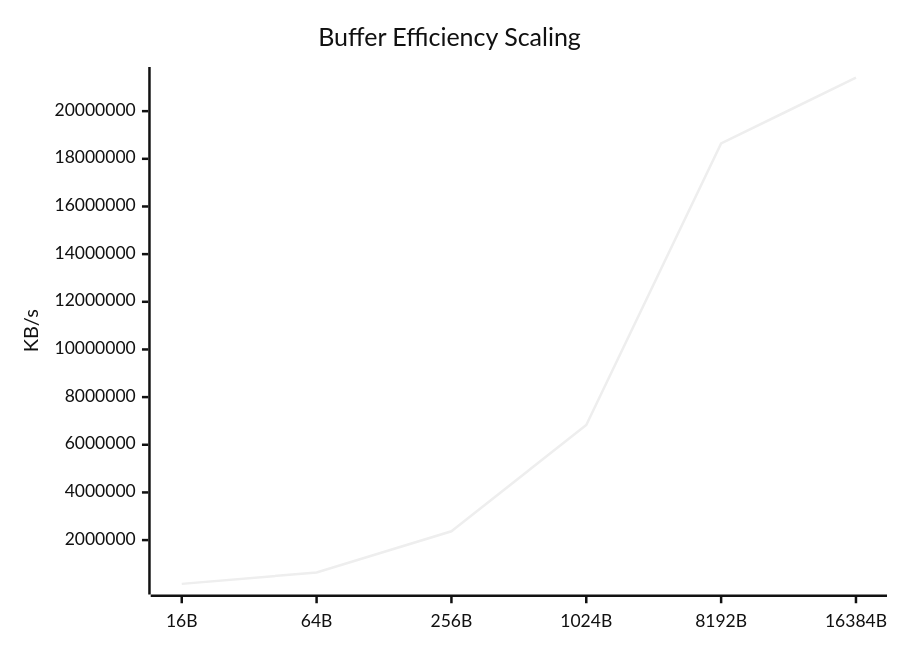
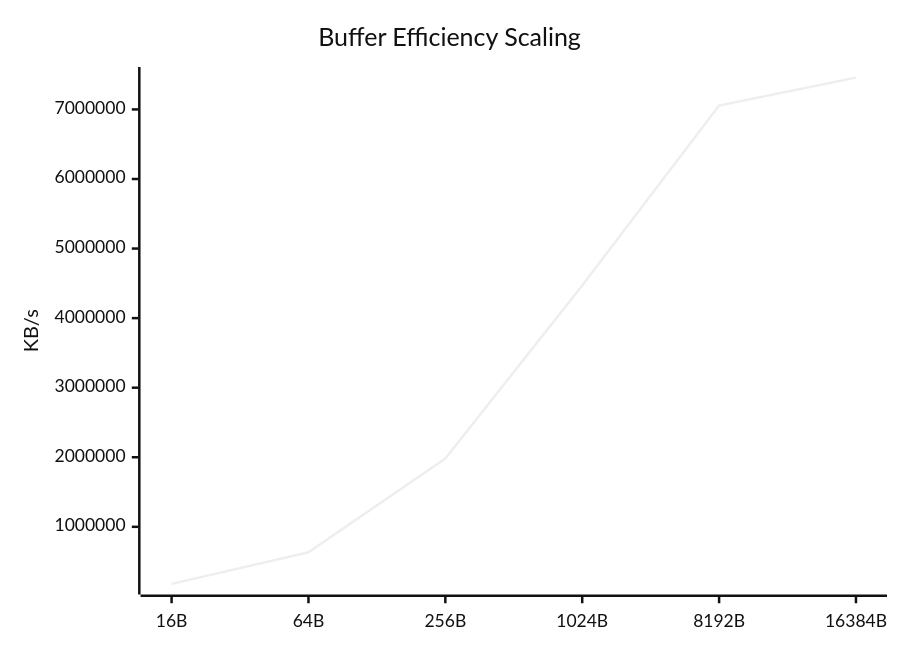
Before and after one commit to taha2samy/openssl_fips: the seventh of 9 diagrams in docs/Comparison_Report.md, drawn with Mermaid (neutral theme). The commit also changed other lines of this file and 2 other files, not shown here.

````diff
--- a/docs/Comparison_Report.md
+++ b/docs/Comparison_Report.md
@@ -110,7 +110,7 @@
 ```mermaid
 xychart-beta
     title "Buffer Efficiency Scaling"
     x-axis [16B, 64B, 256B, 1024B, 8192B, 16384B]
     y-axis "KB/s"
-    line [162590.27, 639311.94, 2370443.65, 6830735.87, 18644025.34, 21407047.68]
+    line [179906.46, 634277.79, 1981621.63, 4470268.42, 7055646.72, 7457103.87]
 ```
````
